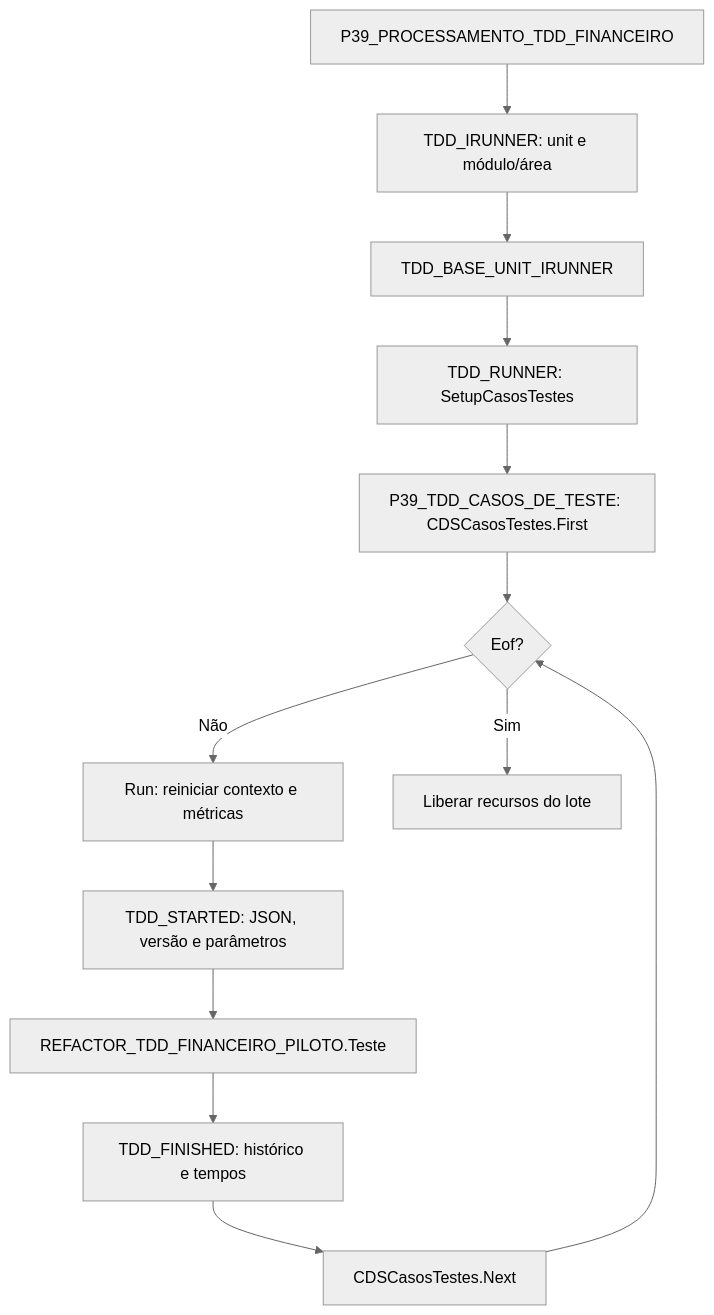
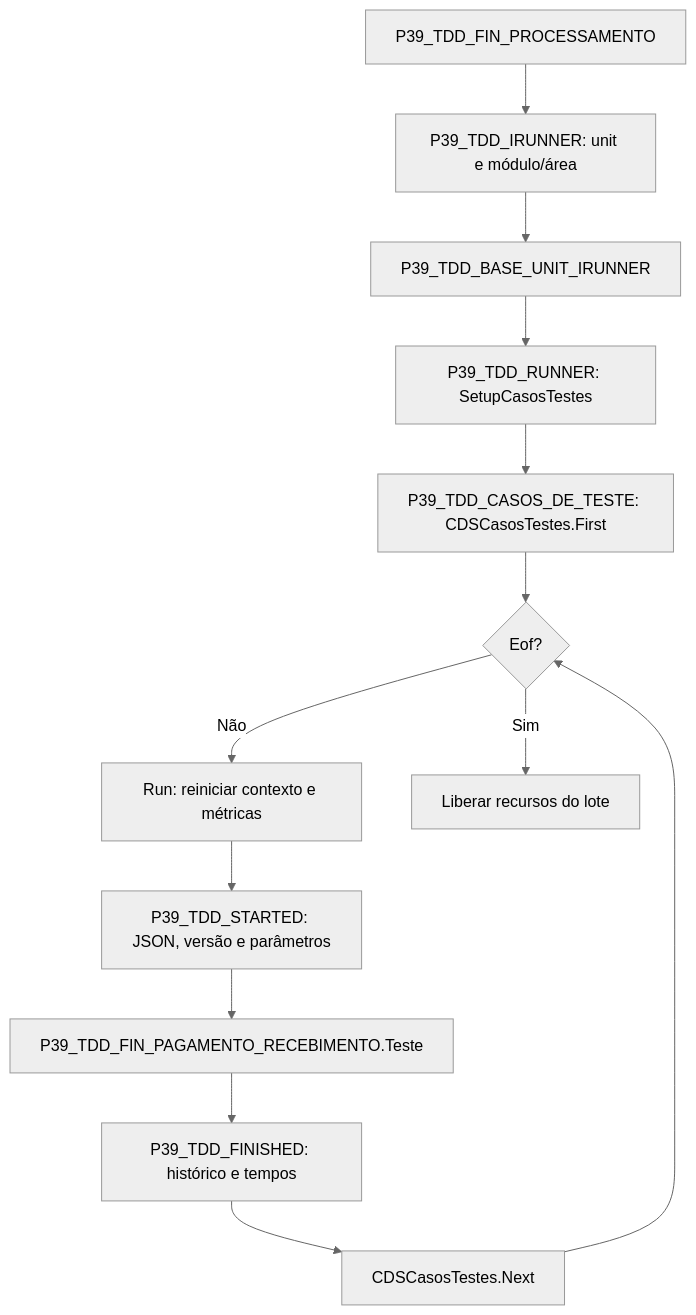
Before and after one commit to ModulosTestesAutomatizados/TestesAutomatizadosERP: the diagram in docs/MAPEAMENTO_AST_USES_UNITS/casos-irunner/lote.md, drawn with Mermaid (neutral theme). The commit also changed other lines of this file and 79 other files, not shown here.

````diff
--- a/docs/MAPEAMENTO_AST_USES_UNITS/casos-irunner/lote.md
+++ b/docs/MAPEAMENTO_AST_USES_UNITS/casos-irunner/lote.md
@@ -5,15 +5,15 @@
 ```mermaid
 flowchart TD
-  Entrada[P39_PROCESSAMENTO_TDD_FINANCEIRO] --> Config[TDD_IRUNNER: unit e módulo/área]
-  Config --> Molde[TDD_BASE_UNIT_IRUNNER]
-  Molde --> Setup[TDD_RUNNER: SetupCasosTestes]
+  Entrada[P39_TDD_FIN_PROCESSAMENTO] --> Config[P39_TDD_IRUNNER: unit e módulo/área]
+  Config --> Molde[P39_TDD_BASE_UNIT_IRUNNER]
+  Molde --> Setup[P39_TDD_RUNNER: SetupCasosTestes]
   Setup --> Casos[P39_TDD_CASOS_DE_TESTE: CDSCasosTestes.First]
   Casos --> Cursor{Eof?}
   Cursor -->|Não| Run[Run: reiniciar contexto e métricas]
-  Run --> Started[TDD_STARTED: JSON, versão e parâmetros]
-  Started --> Teste[REFACTOR_TDD_FINANCEIRO_PILOTO.Teste]
-  Teste --> Finished[TDD_FINISHED: histórico e tempos]
+  Run --> Started[P39_TDD_STARTED: JSON, versão e parâmetros]
+  Started --> Teste[P39_TDD_FIN_PAGAMENTO_RECEBIMENTO.Teste]
+  Teste --> Finished[P39_TDD_FINISHED: histórico e tempos]
   Finished --> Next[CDSCasosTestes.Next]
   Next --> Cursor
   Cursor -->|Sim| Limpeza[Liberar recursos do lote]
 ```
````
